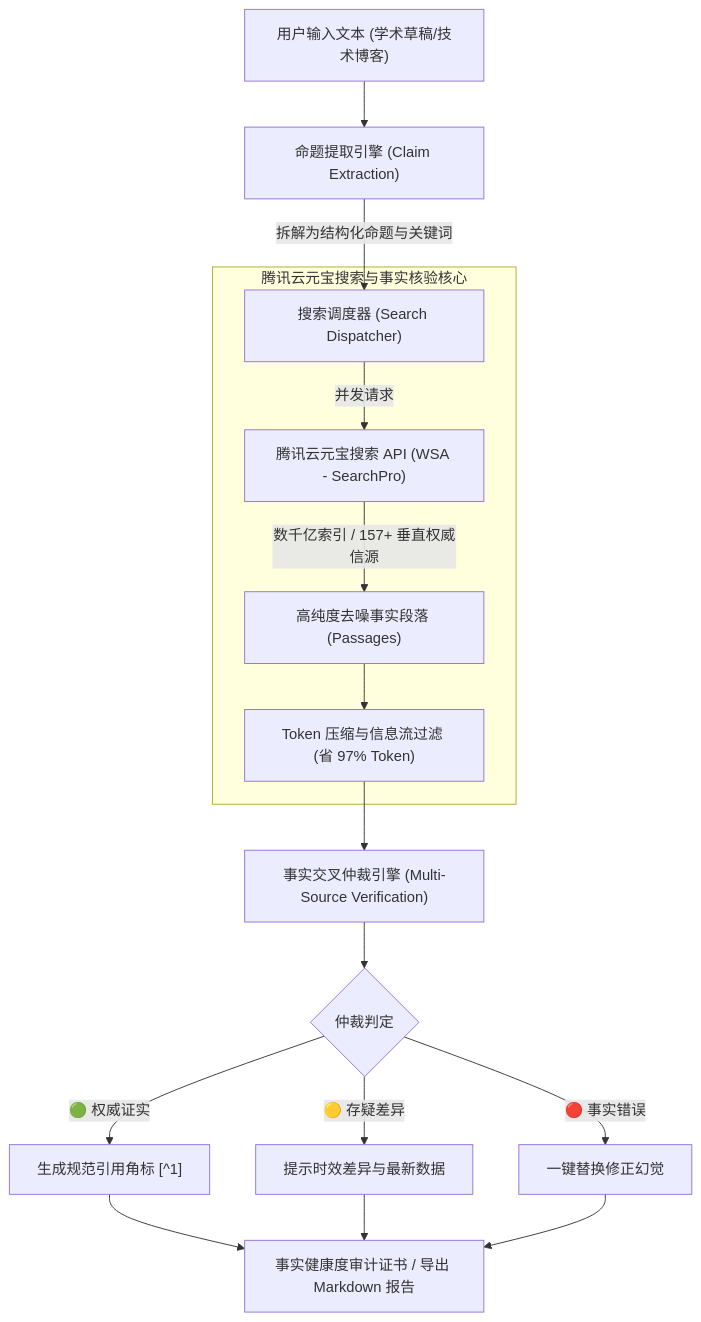
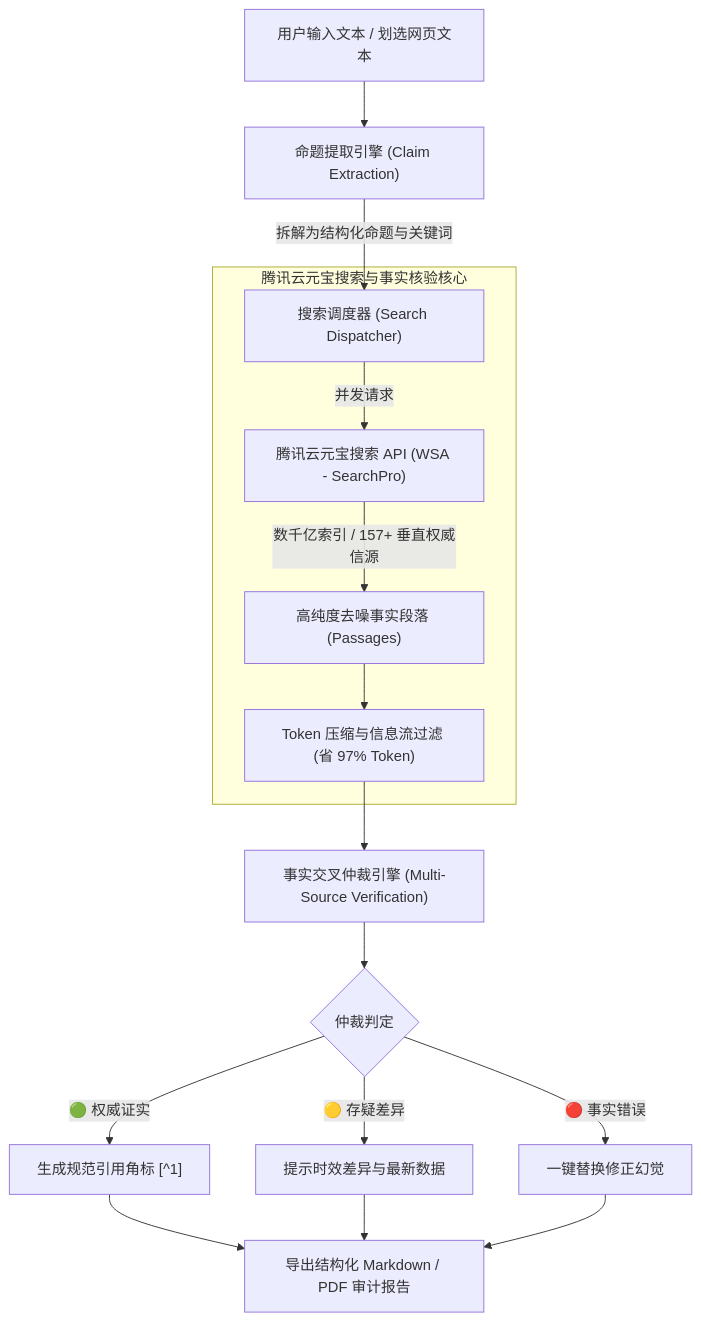
Before and after one commit to FreshmanJ/TruthGuard: the diagram in README.md, drawn with Mermaid. The commit also changed other lines of this file and 1 other file, not shown here.

Commit message:
docs: remove certificate references and add English README_EN.md

````diff
--- a/README.md
+++ b/README.md
@@ -46,22 +50,22 @@
 ```mermaid
 graph TD
-    User["用户输入文本 (学术草稿/技术博客)"] --> Extractor["命题提取引擎 (Claim Extraction)"]
+    User["用户输入文本 / 划选网页文本"] --> Extractor["命题提取引擎 (Claim Extraction)"]
     Extractor -->|拆解为结构化命题与关键词| Dispatcher["搜索调度器 (Search Dispatcher)"]
     
     subgraph Engine ["腾讯云元宝搜索与事实核验核心"]
         Dispatcher -->|并发请求| YuanbaoAPI["腾讯云元宝搜索 API (WSA - SearchPro)"]
         YuanbaoAPI -->|数千亿索引 / 157+ 垂直权威信源| RawPages["高纯度去噪事实段落 (Passages)"]
         RawPages --> TokenOptimizer["Token 压缩与信息流过滤 (省 97% Token)"]
     end
     
     TokenOptimizer --> JudgeEngine["事实交叉仲裁引擎 (Multi-Source Verification)"]
     JudgeEngine --> Verdict{"仲裁判定"}
     
     Verdict -->|🟢 权威证实| VerifiedCard["生成规范引用角标 [^1]"]
     Verdict -->|🟡 存疑差异| DisputedCard["提示时效差异与最新数据"]
     Verdict -->|🔴 事实错误| RefutedCard["一键替换修正幻觉"]
     
-    VerifiedCard --> Certificate["事实健康度审计证书 / 导出 Markdown 报告"]
-    DisputedCard --> Certificate
-    RefutedCard --> Certificate
+    VerifiedCard --> ExportReport["导出结构化 Markdown / PDF 审计报告"]
+    DisputedCard --> ExportReport
+    RefutedCard --> ExportReport
 ```
````
